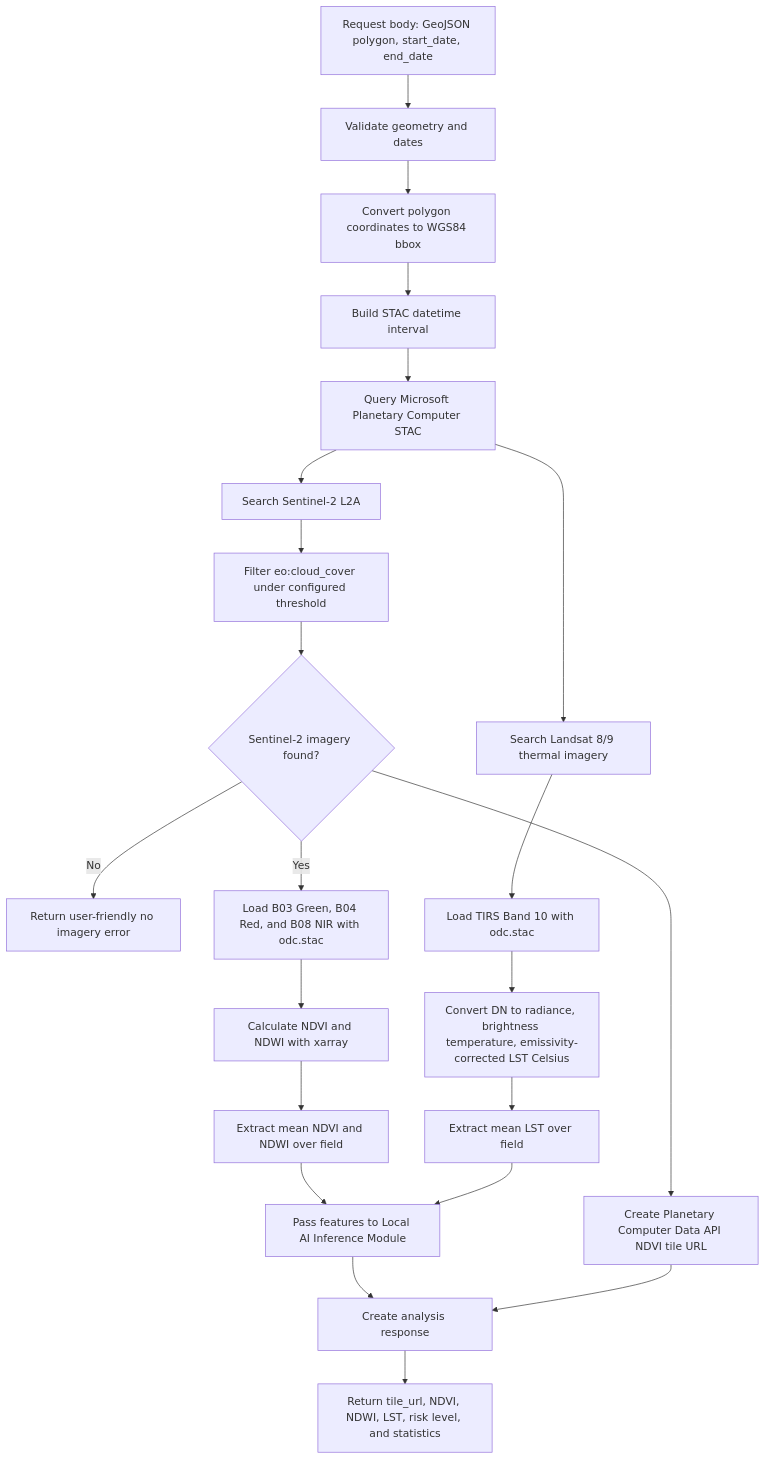
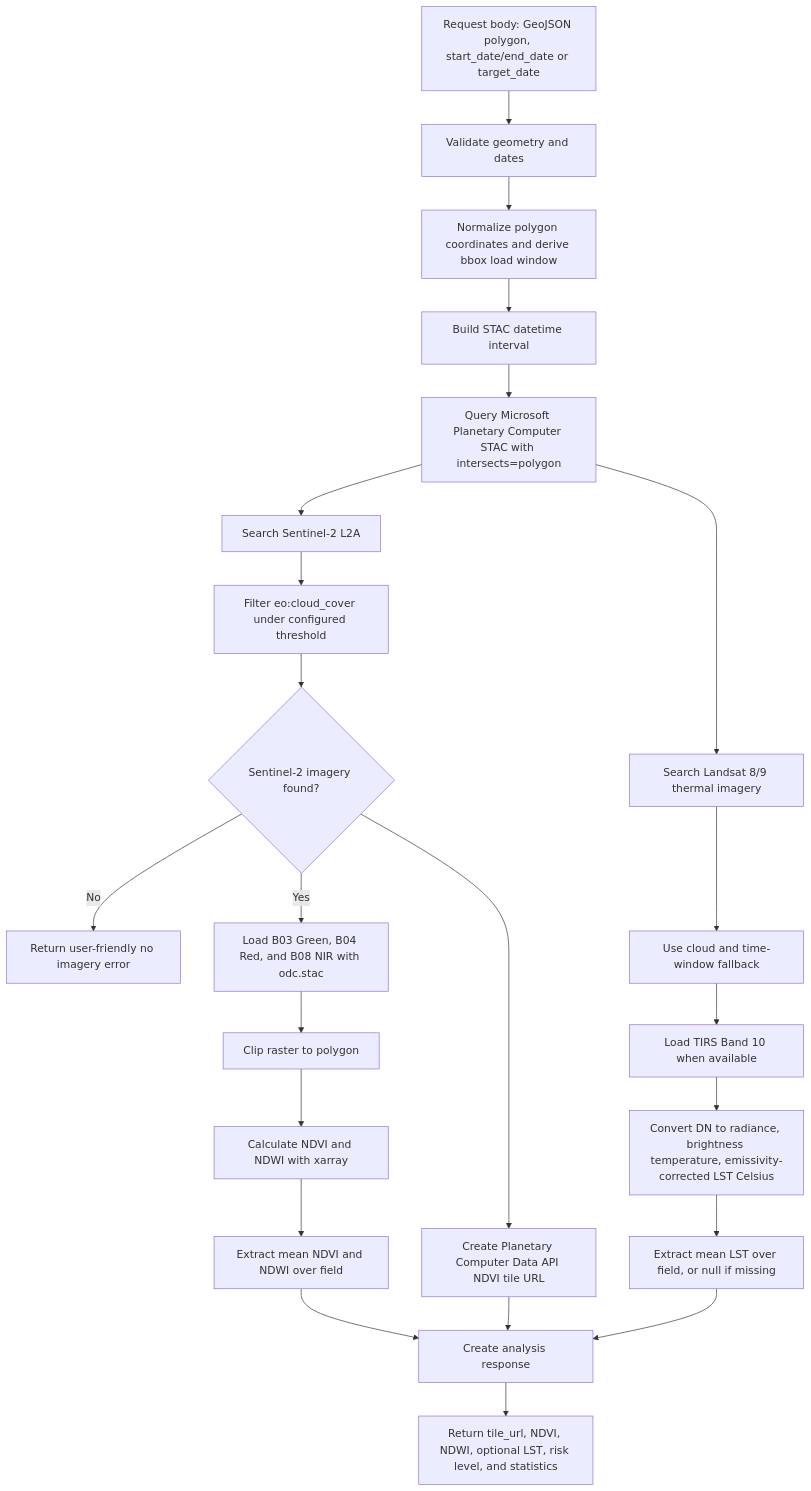
Before and after one commit to chinna5656/satellite-crop-planner: the third of 5 diagrams in docs/web-processing-flowchart.md, drawn with Mermaid. The commit also changed other lines of this file and 7 other files, not shown here.

````diff
--- a/docs/web-processing-flowchart.md
+++ b/docs/web-processing-flowchart.md
@@ -63,29 +68,28 @@
 ```mermaid
 flowchart TD
-    A["Request body: GeoJSON polygon, start_date, end_date"] --> B["Validate geometry and dates"]
-    B --> C["Convert polygon coordinates to WGS84 bbox"]
+    A["Request body: GeoJSON polygon, start_date/end_date or target_date"] --> B["Validate geometry and dates"]
+    B --> C["Normalize polygon coordinates and derive bbox load window"]
     C --> D["Build STAC datetime interval"]
 
-    D --> E["Query Microsoft Planetary Computer STAC"]
+    D --> E["Query Microsoft Planetary Computer STAC with intersects=polygon"]
     E --> F["Search Sentinel-2 L2A"]
     F --> G["Filter eo:cloud_cover under configured threshold"]
     G --> H{"Sentinel-2 imagery found?"}
     H -->|"No"| I["Return user-friendly no imagery error"]
     H -->|"Yes"| J["Load B03 Green, B04 Red, and B08 NIR with odc.stac"]
-    J --> K["Calculate NDVI and NDWI with xarray"]
-    K --> L["Extract mean NDVI and NDWI over field"]
+    J --> K["Clip raster to polygon"]
+    K --> L["Calculate NDVI and NDWI with xarray"]
+    L --> M["Extract mean NDVI and NDWI over field"]
 
-    E --> M["Search Landsat 8/9 thermal imagery"]
-    M --> N["Load TIRS Band 10 with odc.stac"]
-    N --> O["Convert DN to radiance, brightness temperature, emissivity-corrected LST Celsius"]
-    O --> P["Extract mean LST over field"]
+    E --> N["Search Landsat 8/9 thermal imagery"]
+    N --> O["Use cloud and time-window fallback"]
+    O --> P["Load TIRS Band 10 when available"]
+    P --> Q["Convert DN to radiance, brightness temperature, emissivity-corrected LST Celsius"]
+    Q --> R["Extract mean LST over field, or null if missing"]
 
-    H --> Q["Create Planetary Computer Data API NDVI tile URL"]
-
-    L --> AI["Pass features to Local AI Inference Module"]
-    P --> AI
-    AI --> S["Create analysis response"]
-    
-    Q --> S
-    S --> U["Return tile_url, NDVI, NDWI, LST, risk level, and statistics"]
+    H --> S["Create Planetary Computer Data API NDVI tile URL"]
+    M --> T["Create analysis response"]
+    R --> T
+    S --> T
+    T --> U["Return tile_url, NDVI, NDWI, optional LST, risk level, and statistics"]
 ```
````
